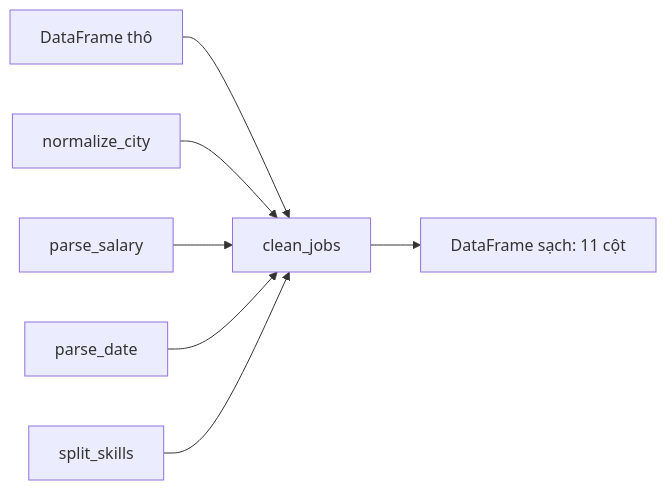
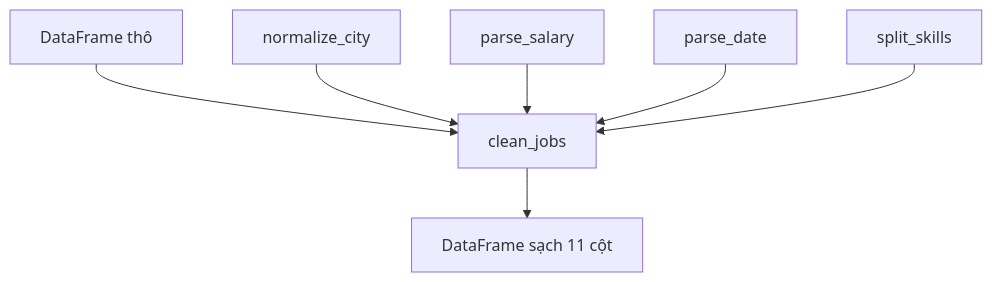
One commit to ht-nah98/ai-academy changed the third of 4 diagrams in academy/curriculum/L07-du-lieu-ban-pandas/lesson.md. Above: the diagram before and after it, drawn with Mermaid. The commit also changed other lines of this file and 54 other files, not shown here.

````diff
--- a/academy/curriculum/L07-du-lieu-ban-pandas/lesson.md
+++ b/academy/curriculum/L07-du-lieu-ban-pandas/lesson.md
@@ -112,9 +112,9 @@
 ```mermaid
-flowchart LR
+flowchart TD
     R["DataFrame thô"] --> CJ["clean_jobs"]
     NC["normalize_city"] --> CJ
     PS["parse_salary"] --> CJ
     PD["parse_date"] --> CJ
     SS["split_skills"] --> CJ
-    CJ --> O["DataFrame sạch: 11 cột"]
+    CJ --> O["DataFrame sạch 11 cột"]
 ```
````
